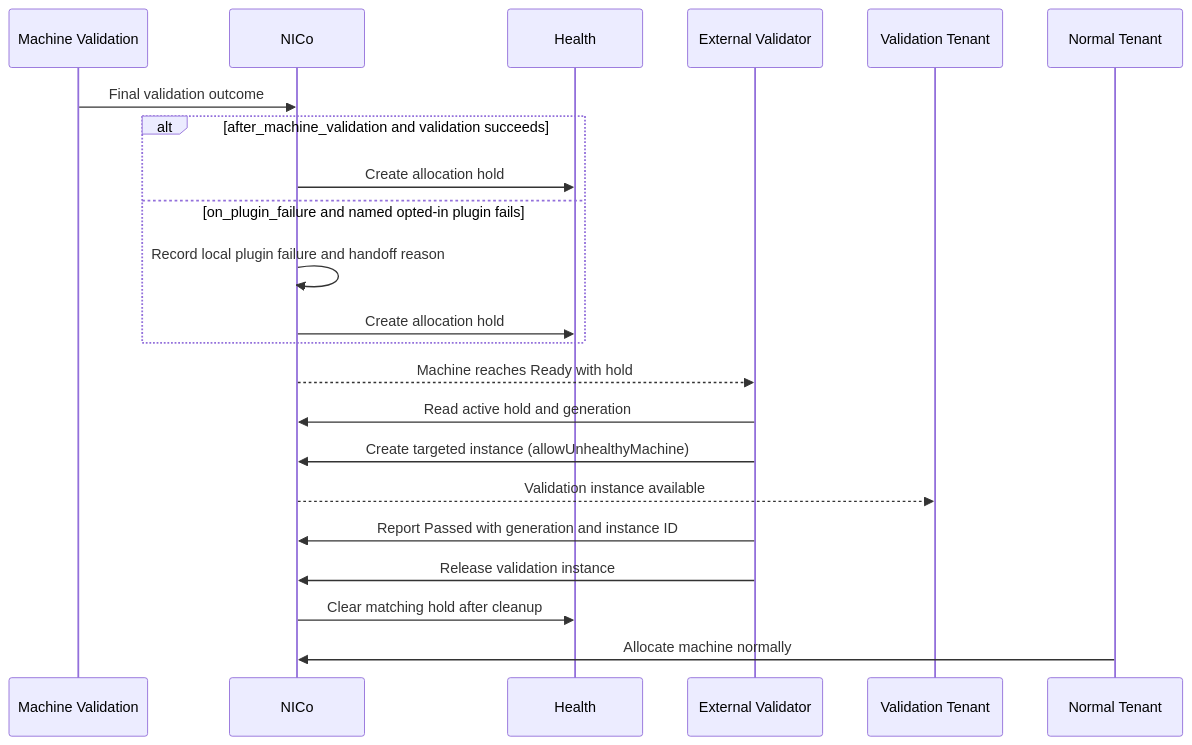
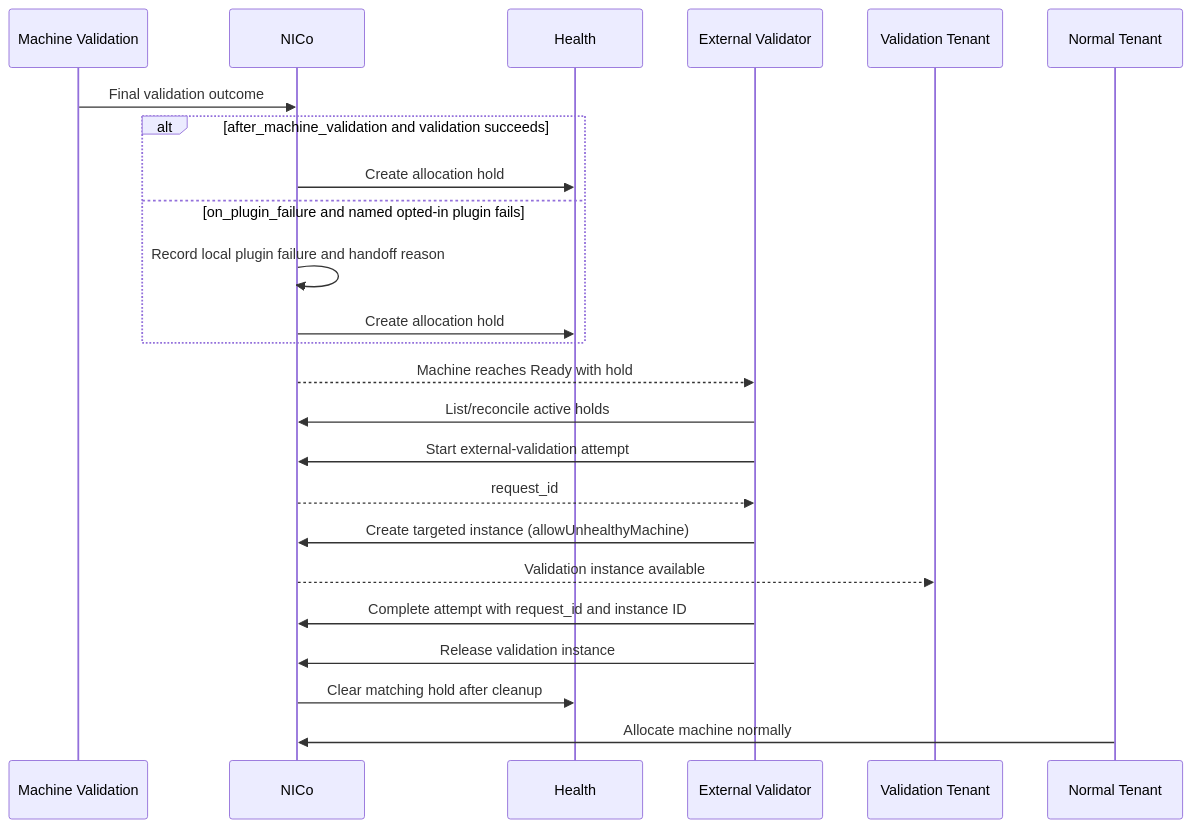
The diagram in designs/machine-validation/external-validation-allocation-hold.md (dsx-ai-factory/infra-controller), drawn with Mermaid before and after one commit. The commit also changed other lines of this file, not shown here.

Commit message:
docs(machine-validation): define external validation workflow

````diff
--- a/designs/machine-validation/external-validation-allocation-hold.md
+++ b/designs/machine-validation/external-validation-allocation-hold.md
@@ -195,25 +264,27 @@
 ```mermaid
 sequenceDiagram
     participant MV as Machine Validation
     participant NICo
     participant Health
     participant Validator as External Validator
     participant Tenant as Validation Tenant
     participant Normal as Normal Tenant
 
     MV->>NICo: Final validation outcome
     alt after_machine_validation and validation succeeds
         NICo->>Health: Create allocation hold
     else on_plugin_failure and named opted-in plugin fails
         NICo->>NICo: Record local plugin failure and handoff reason
         NICo->>Health: Create allocation hold
     end
     NICo-->>Validator: Machine reaches Ready with hold
-    Validator->>NICo: Read active hold and generation
+    Validator->>NICo: List/reconcile active holds
+    Validator->>NICo: Start external-validation attempt
+    NICo-->>Validator: request_id
     Validator->>NICo: Create targeted instance (allowUnhealthyMachine)
     NICo-->>Tenant: Validation instance available
-    Validator->>NICo: Report Passed with generation and instance ID
+    Validator->>NICo: Complete attempt with request_id and instance ID
     Validator->>NICo: Release validation instance
     NICo->>Health: Clear matching hold after cleanup
     Normal->>NICo: Allocate machine normally
 ```
````
